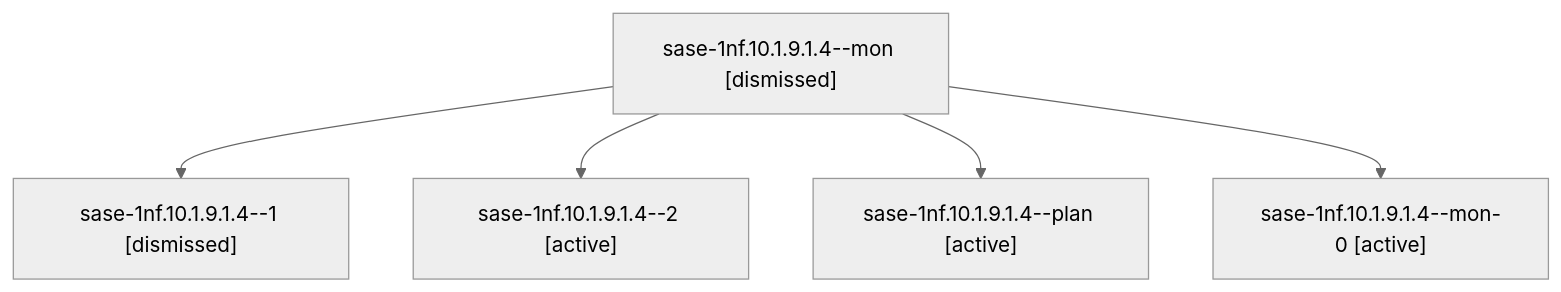
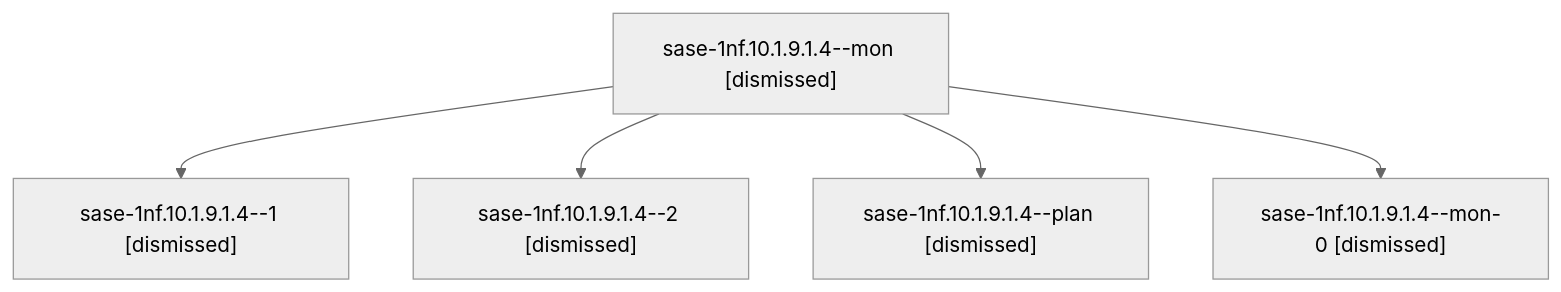
Before and after one commit to sase-org/sase--agents: the diagram in sessions/bbugyi200.athena.sase-1nf.10.1.9.1.4.md, drawn with Mermaid (neutral theme). The commit also changed other lines of this file and 170 other files, not shown here.

````diff
--- a/sessions/bbugyi200.athena.sase-1nf.10.1.9.1.4.md
+++ b/sessions/bbugyi200.athena.sase-1nf.10.1.9.1.4.md
@@ -9,12 +9,12 @@
 ```mermaid
 flowchart TD
   n0["sase-1nf.10.1.9.1.4--mon [dismissed]"]
   n1["sase-1nf.10.1.9.1.4--1 [dismissed]"]
   n0 --> n1
-  n2["sase-1nf.10.1.9.1.4--2 [active]"]
+  n2["sase-1nf.10.1.9.1.4--2 [dismissed]"]
   n0 --> n2
-  n3["sase-1nf.10.1.9.1.4--plan [active]"]
+  n3["sase-1nf.10.1.9.1.4--plan [dismissed]"]
   n0 --> n3
-  n4["sase-1nf.10.1.9.1.4--mon-0 [active]"]
+  n4["sase-1nf.10.1.9.1.4--mon-0 [dismissed]"]
   n0 --> n4
 ```
````
